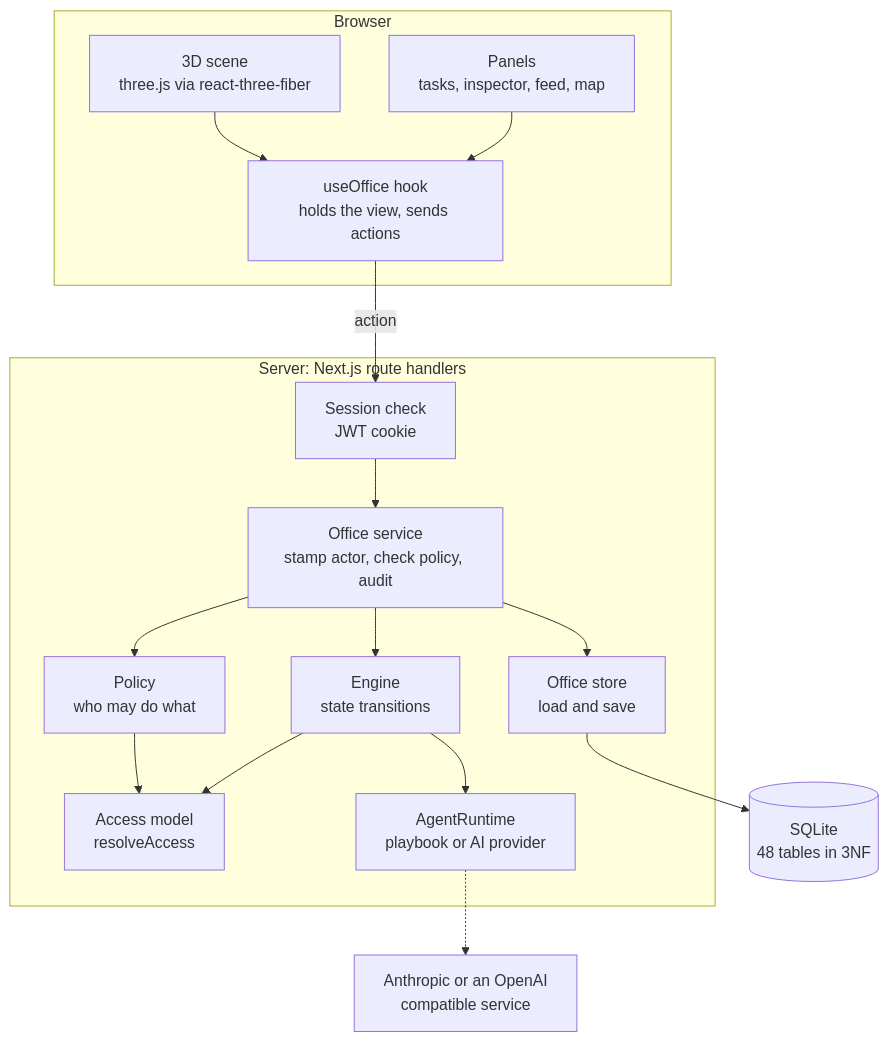
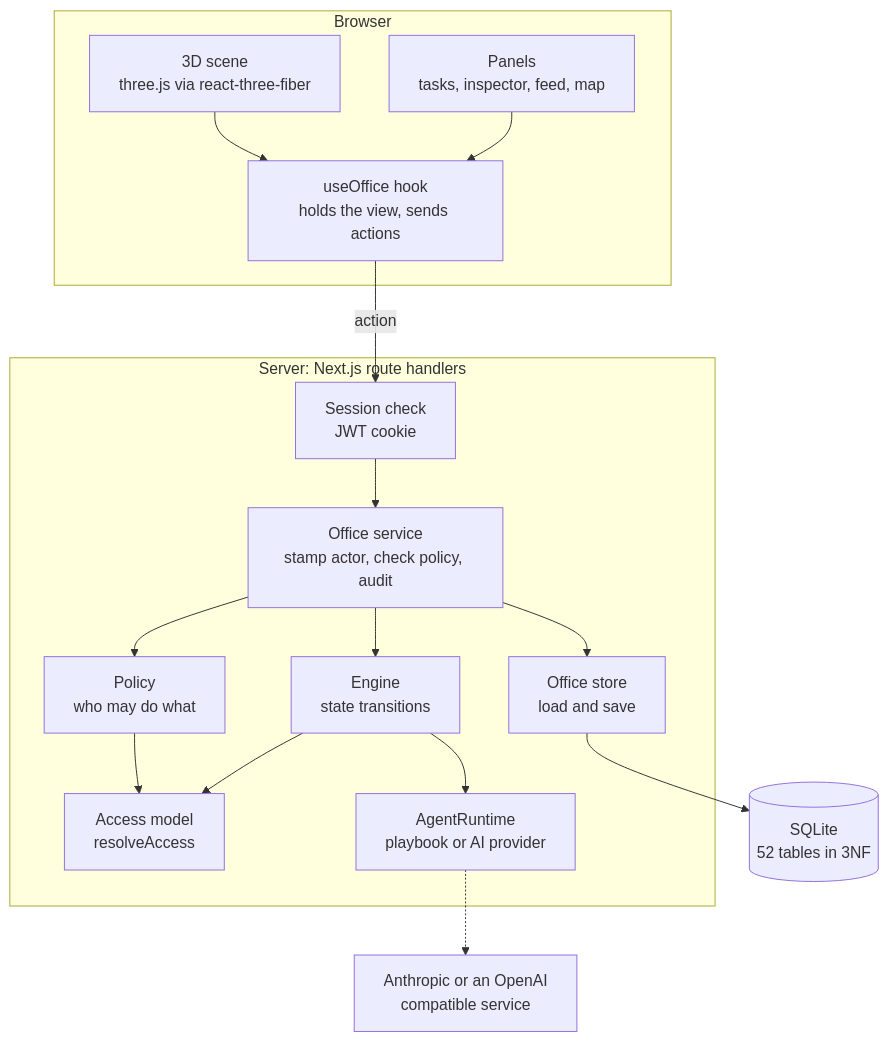
One commit to seyitgkc/ai-virtual-office changed the first of 14 diagrams in README.md. Above: the diagram before and after it, drawn with Mermaid. The commit also changed other lines of this file and 2 other files, not shown here.

````diff
--- a/README.md
+++ b/README.md
@@ -362,34 +392,34 @@
 ```mermaid
 flowchart TB
   subgraph Browser
     scene["3D scene<br/>three.js via react-three-fiber"]
     panels["Panels<br/>tasks, inspector, feed, map"]
     hook["useOffice hook<br/>holds the view, sends actions"]
     scene --> hook
     panels --> hook
   end
 
   subgraph Server["Server: Next.js route handlers"]
     http["Session check<br/>JWT cookie"]
     service["Office service<br/>stamp actor, check policy, audit"]
     policy["Policy<br/>who may do what"]
     engine["Engine<br/>state transitions"]
     access["Access model<br/>resolveAccess"]
     runtime["AgentRuntime<br/>playbook or AI provider"]
     store["Office store<br/>load and save"]
   end
 
-  db[("SQLite<br/>48 tables in 3NF")]
+  db[("SQLite<br/>52 tables in 3NF")]
   llm["Anthropic or an OpenAI<br/>compatible service"]
 
   hook -->|"action"| http
   http --> service
   service --> policy
   service --> engine
   policy --> access
   engine --> access
   engine --> runtime
   runtime -.-> llm
   service --> store
   store --> db
 ```
````
